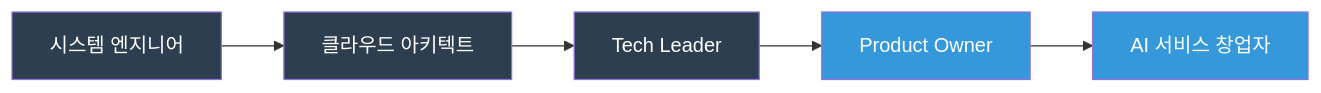
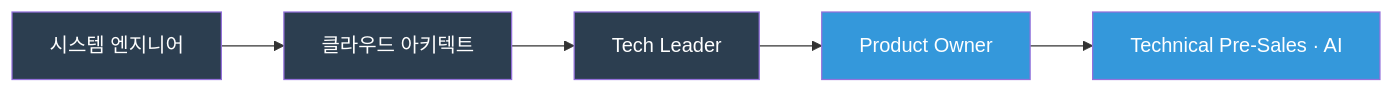
One commit to terry3838/terry3838 changed the diagram in README.md. Above: the diagram before and after it, drawn with Mermaid. The commit also changed other lines of this file, not shown here.

Commit message:
docs: update profile - Pre-Sales 전환 방향 반영 및 K-Fate 서비스 종료 업데이트

````diff
--- a/README.md
+++ b/README.md
@@ -62,13 +62,13 @@
 ```mermaid
 graph LR
     A[시스템 엔지니어] --> B[클라우드 아키텍트]
     B --> C[Tech Leader]
     C --> D[Product Owner]
-    D --> E[AI 서비스 창업자]
+    D --> E[Technical Pre-Sales · AI]
 
     style A fill:#2c3e50,color:#fff
     style B fill:#2c3e50,color:#fff
     style C fill:#2c3e50,color:#fff
     style D fill:#3498db,color:#fff
     style E fill:#3498db,color:#fff
 ```
````
